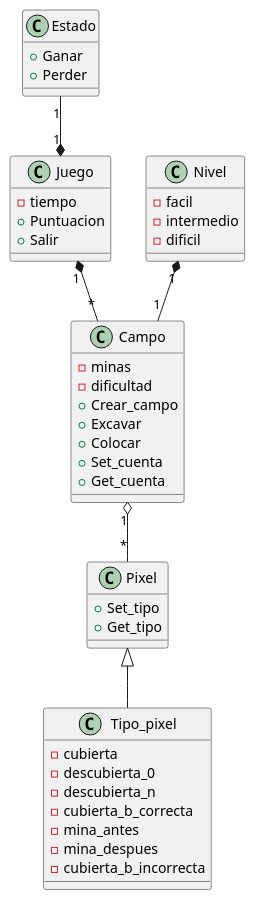
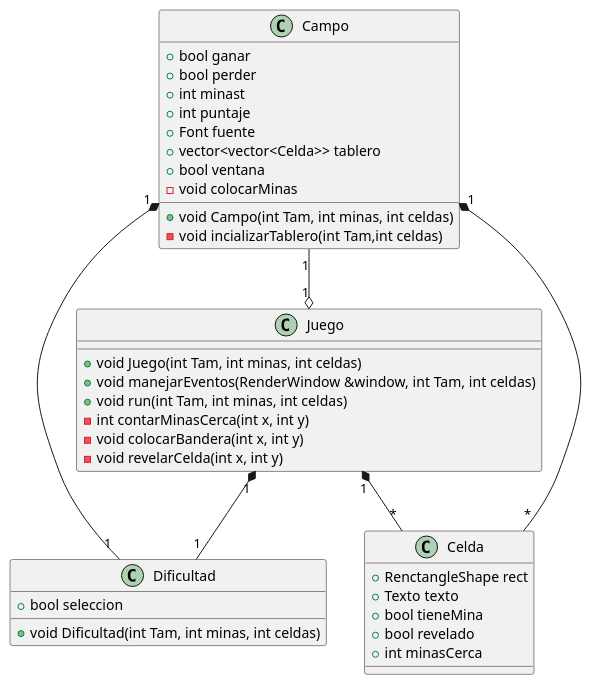
The diagram in docs/buscaminas.puml (ioshua8aM/Buscaminas), drawn with PlantUML before and after one commit. The commit also changed 11 other files, not shown here.

Commit message:
Agregando clases y uml

```diff
--- a/docs/buscaminas.puml
+++ b/docs/buscaminas.puml
@@ -1,52 +1,46 @@
 @startuml buscaminas
 
-class Estado
-{
-    + Ganar
-    + Perder
-}
 class Juego
 {
-    - tiempo
-    + Puntuacion
-    + Salir
+    + void Juego(int Tam, int minas, int celdas)
+    + void manejarEventos(RenderWindow &window, int Tam, int celdas)
+    + void run(int Tam, int minas, int celdas)
+    - int contarMinasCerca(int x, int y)
+    - void colocarBandera(int x, int y)
+    - void revelarCelda(int x, int y)
+
 }
 class Campo
 {
-    - minas
-    - dificultad
-    + Crear_campo
-    + Excavar
-    + Colocar
-    + Set_cuenta
-    + Get_cuenta
+    + bool ganar
+    + bool perder
+    + int minast 
+    + int puntaje
+    + Font fuente
+    + vector<vector<Celda>> tablero
+    + bool ventana
+    + void Campo(int Tam, int minas, int celdas)
+    - void incializarTablero(int Tam,int celdas)
+    - void colocarMinas
 }
-class Nivel
+class Dificultad
 {
-    - facil
-    - intermedio
-    - dificil
-}
-class Pixel
-{
-    + Set_tipo
-    + Get_tipo
-}
-class Tipo_pixel
-{
-    - cubierta
-    - descubierta_0
-    - descubierta_n
-    - cubierta_b_correcta
-    - mina_antes
-    - mina_despues
-    - cubierta_b_incorrecta
+    + void Dificultad(int Tam, int minas, int celdas)
+    + bool seleccion
 }
 
-Estado "1" --* "1" Juego
-Nivel "1" *-- "1" Campo
-Juego "1" *-- "*" Campo
-Campo "1" o-- "*" Pixel
-Pixel <|-- Tipo_pixel
+class Celda
+{
+    + RenctangleShape rect
+    + Texto texto
+    + bool tieneMina
+    + bool revelado
+    + int minasCerca
+}
 
+Juego "1" *-- "*" Celda
+Campo "1" *-- "*" Celda
+Campo "1" --o "1" Juego
+Juego "1" *-- "1" Dificultad
+Campo "1" *-- "1" Dificultad
 @enduml
```
